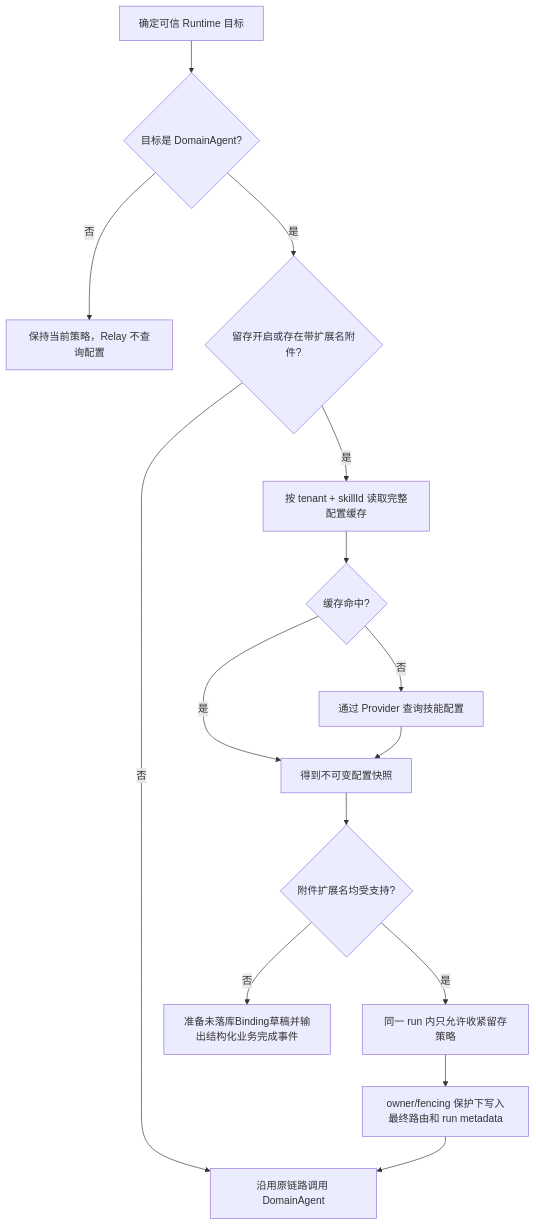
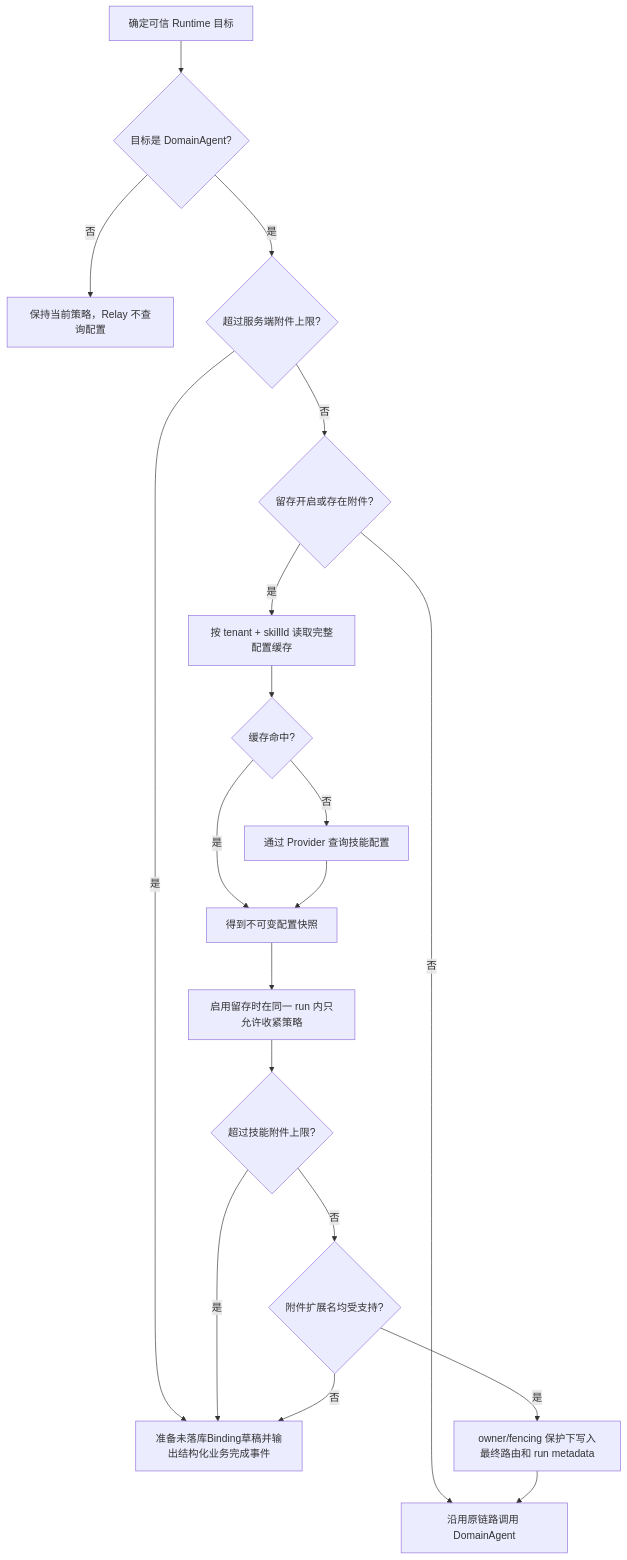
One commit to kunben-duck/exweb changed the diagram in docs/architecture/domain-agent-assistant-persistence.md. Above: the diagram before and after it, drawn with Mermaid. The commit also changed other lines of this file and 20 other files, not shown here.

````diff
--- a/docs/architecture/domain-agent-assistant-persistence.md
+++ b/docs/architecture/domain-agent-assistant-persistence.md
@@ -76,17 +78,21 @@
 ```mermaid
 flowchart TD
     A["确定可信 Runtime 目标"] --> B{"目标是 DomainAgent?"}
     B -- "否" --> C["保持当前策略，Relay 不查询配置"]
-    B -- "是" --> D{"留存开启或存在带扩展名附件?"}
+    B -- "是" --> N{"超过服务端附件上限?"}
+    N -- "是" --> L["准备未落库Binding草稿并输出结构化业务完成事件"]
+    N -- "否" --> D{"留存开启或存在附件?"}
     D -- "否" --> J["沿用原链路调用 DomainAgent"]
     D -- "是" --> E["按 tenant + skillId 读取完整配置缓存"]
     E --> K{"缓存命中?"}
     K -- "是" --> F["得到不可变配置快照"]
     K -- "否" --> G["通过 Provider 查询技能配置"]
     G --> F
-    F --> H{"附件扩展名均受支持?"}
-    H -- "否" --> L["准备未落库Binding草稿并输出结构化业务完成事件"]
-    H -- "是" --> M["同一 run 内只允许收紧留存策略"]
-    M --> I["owner/fencing 保护下写入最终路由和 run metadata"]
+    F --> M["启用留存时在同一 run 内只允许收紧策略"]
+    M --> O{"超过技能附件上限?"}
+    O -- "是" --> L
+    O -- "否" --> H{"附件扩展名均受支持?"}
+    H -- "否" --> L
+    H -- "是" --> I["owner/fencing 保护下写入最终路由和 run metadata"]
     I --> J
 ```
````
